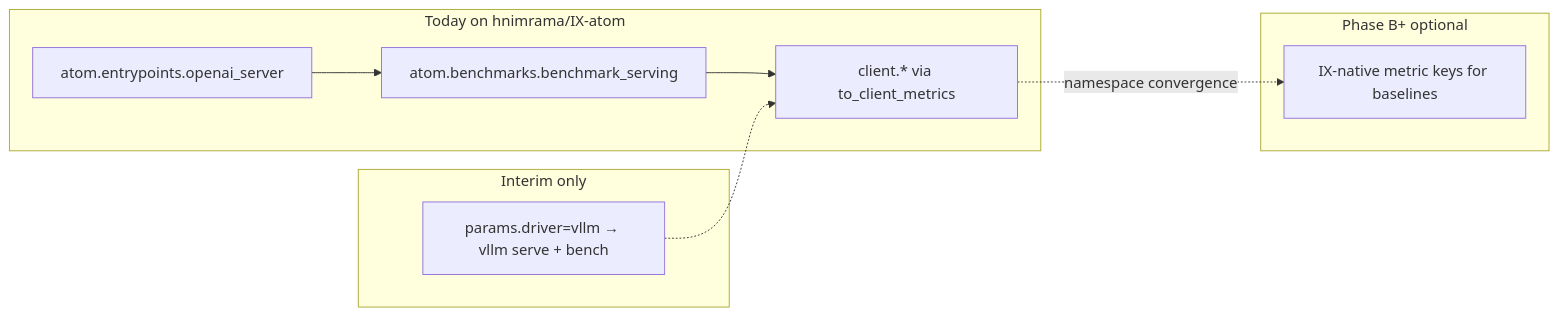
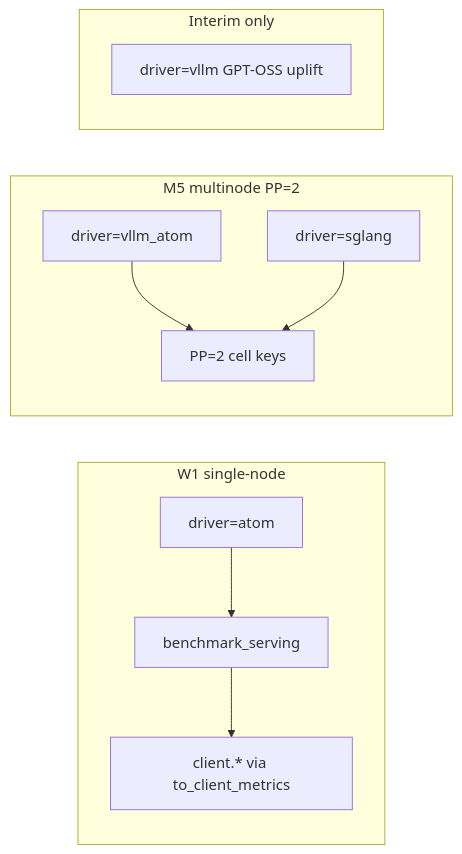
Before and after one commit to ROCm/cvs: the fourth of 8 diagrams in plans/inferencex-atom-cvs-automation-plan.md, drawn with Mermaid. The commit also changed other lines of this file and 3 other files, not shown here.

First line of the commit message:
docs(inferencex_atom): align plan and runbooks with PP=2 driver model

````diff
--- a/plans/inferencex-atom-cvs-automation-plan.md
+++ b/plans/inferencex-atom-cvs-automation-plan.md
@@ -257,17 +263,19 @@
 ```mermaid
 flowchart LR
-  subgraph today["Today on hnimrama/IX-atom"]
-    ATOM["atom.entrypoints.openai_server"]
-    BENCH["atom.benchmarks.benchmark_serving"]
+  subgraph today["W1 single-node"]
+    ATOM["driver=atom"]
+    BENCH["benchmark_serving"]
     CM["client.* via to_client_metrics"]
   end
-  subgraph fallback["Interim only"]
-    VJ["params.driver=vllm → vllm serve + bench"]
+  subgraph m5["M5 multinode PP=2"]
+    VA["driver=vllm_atom"]
+    SG["driver=sglang"]
+    PP["PP=2 cell keys"]
   end
-  subgraph future["Phase B+ optional"]
-    AM["IX-native metric keys for baselines"]
+  subgraph uplift["Interim only"]
+    VJ["driver=vllm GPT-OSS uplift"]
   end
   ATOM --> BENCH --> CM
-  VJ -.-> CM
-  CM -.->|"namespace convergence"| AM
+  VA --> PP
+  SG --> PP
 ```
````
